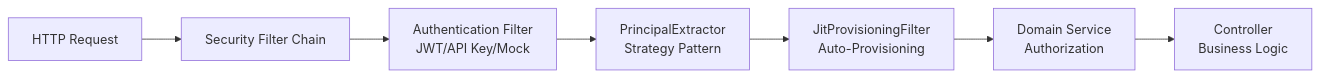
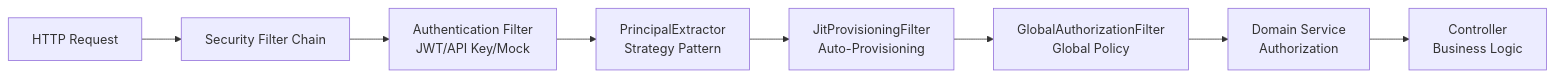
The diagram in docs/src/concepts/authentication.md (Decathlon/internal-developer-platform), drawn with Mermaid before and after one commit. The commit also changed other lines of this file and 23 other files, not shown here.

````diff
--- a/docs/src/concepts/authentication.md
+++ b/docs/src/concepts/authentication.md
@@ -14,9 +14,10 @@
 ```mermaid
 graph LR
     A["HTTP Request"] --> B["Security Filter Chain"]
     B --> C["Authentication Filter<br/>JWT/API Key/Mock"]
     C --> D["PrincipalExtractor<br/>Strategy Pattern"]
     D --> E["JitProvisioningFilter<br/>Auto-Provisioning"]
-    E --> F["Domain Service<br/>Authorization"]
-    F --> G["Controller<br/>Business Logic"]
+  E --> F["GlobalAuthorizationFilter<br/>Global Policy"]
+  F --> G["Domain Service<br/>Authorization"]
+  G --> H["Controller<br/>Business Logic"]
 ```
````
